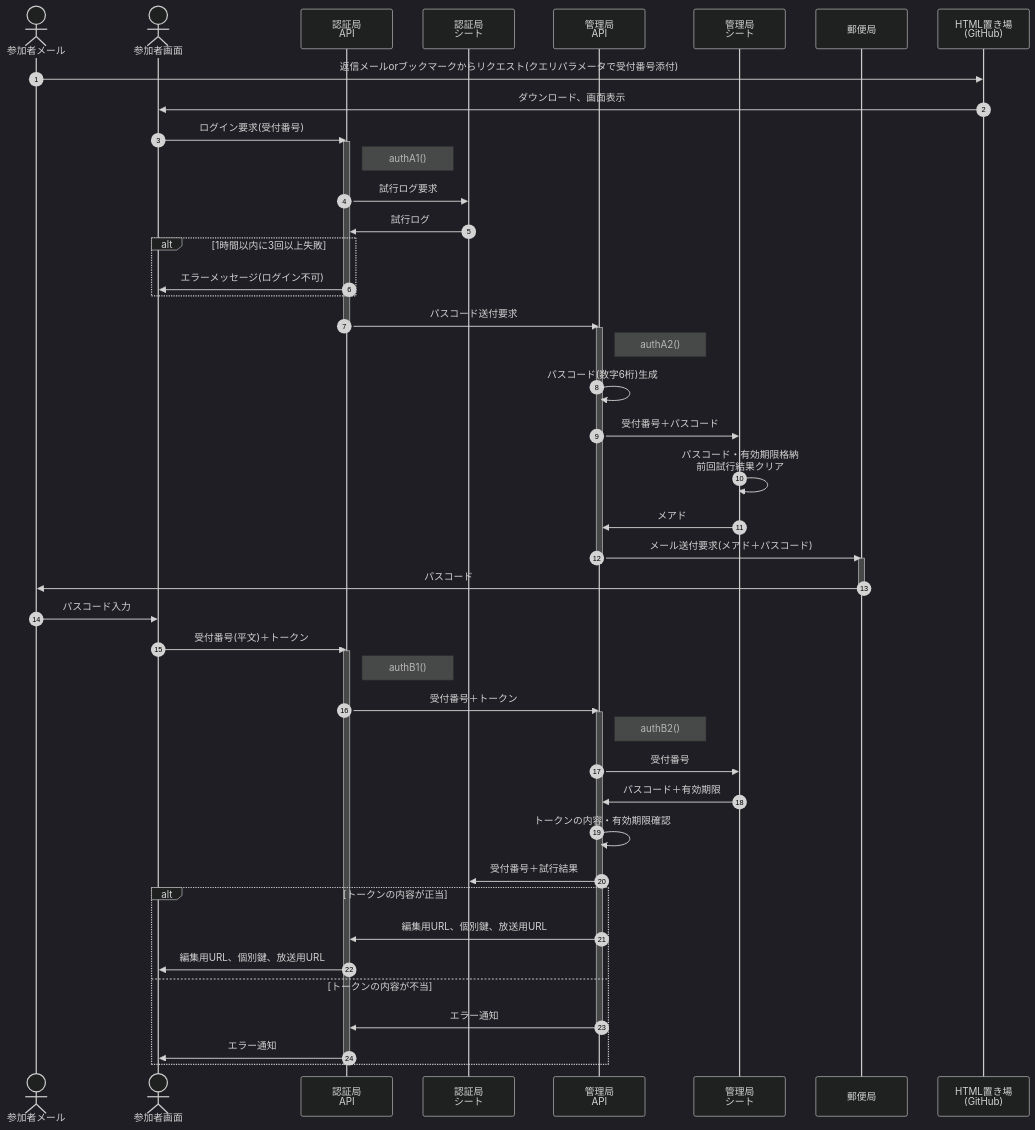
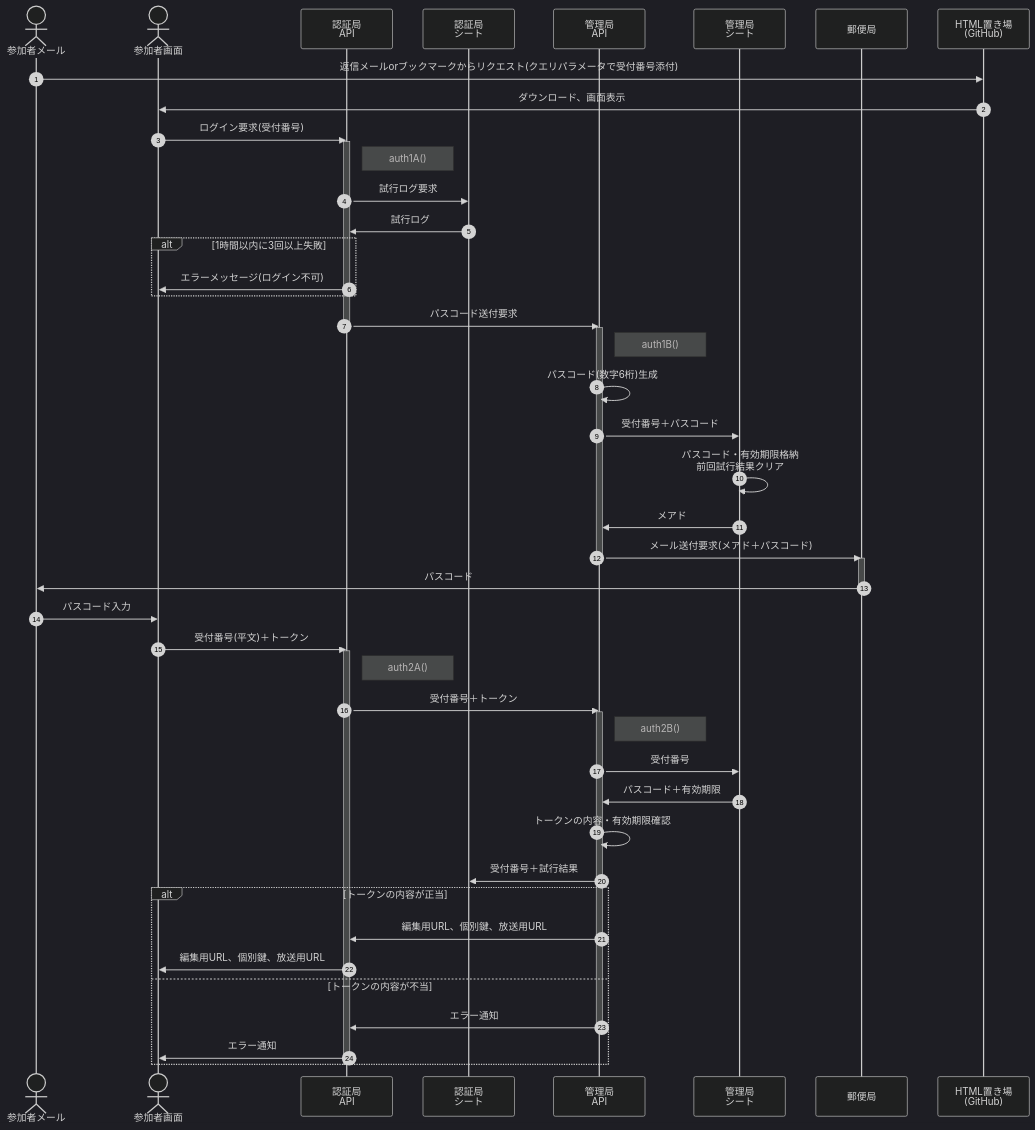
Before and after one commit to nakaone/EventStaff: the fourth of 8 diagrams in README.md, drawn with Mermaid (dark theme). The commit also changed other lines of this file and 3 other files, not shown here.

````diff
--- a/README.md
+++ b/README.md
@@ -171,62 +171,62 @@
 ```mermaid
 
 sequenceDiagram
   autonumber
   actor mail as 参加者メール
   actor html as 参加者画面
   participant CAApi as 認証局<br>API
   participant CASht as 認証局<br>シート
   %% CAApi = Certificate Authority (GAS API)
   participant mApi as 管理局<br>API
   %% mApi = master API
   participant mSht as 管理局<br>シート
   %% mSht = master sheet
   participant post as 郵便局
   participant git as HTML置き場<br>(GitHub)
 
   mail->>git : 返信メールorブックマークからリクエスト(クエリパラメータで受付番号添付)
   git->>html : ダウンロード、画面表示
 
   html ->> CAApi : ログイン要求(受付番号)
   activate CAApi
-  Note right of CAApi : authA1()
+  Note right of CAApi : auth1A()
   CAApi->>CASht : 試行ログ要求
   CASht->>CAApi : 試行ログ
   alt 1時間以内に3回以上失敗
     CAApi->>html : エラーメッセージ(ログイン不可)
   end
   CAApi ->> mApi : パスコード送付要求
   deactivate CAApi
   activate mApi
-  Note right of mApi : authA2()
+  Note right of mApi : auth1B()
   mApi ->> mApi : パスコード(数字6桁)生成
   mApi ->> mSht : 受付番号＋パスコード
   mSht ->> mSht : パスコード・有効期限格納<br>前回試行結果クリア
   mSht ->> mApi : メアド
   mApi ->> post : メール送付要求(メアド＋パスコード)
   deactivate mApi
   activate post
   post ->> mail : パスコード
   deactivate post
   mail ->> html : パスコード入力
   html ->> CAApi : 受付番号(平文)＋トークン
   activate CAApi
-  Note right of CAApi : authB1()
+  Note right of CAApi : auth2A()
   CAApi ->> mApi : 受付番号＋トークン
   activate mApi
-  Note right of mApi : authB2()
+  Note right of mApi : auth2B()
   mApi ->> mSht : 受付番号
   mSht ->> mApi : パスコード＋有効期限
   mApi ->> mApi : トークンの内容・有効期限確認
   mApi ->> CASht : 受付番号＋試行結果
   alt トークンの内容が正当
     mApi ->> CAApi : 編集用URL、個別鍵、放送用URL
     CAApi ->> html : 編集用URL、個別鍵、放送用URL
   else トークンの内容が不当
     mApi ->> CAApi : エラー通知
     deactivate mApi
     CAApi ->> html : エラー通知
   end
   deactivate CAApi
 
 ```
````
